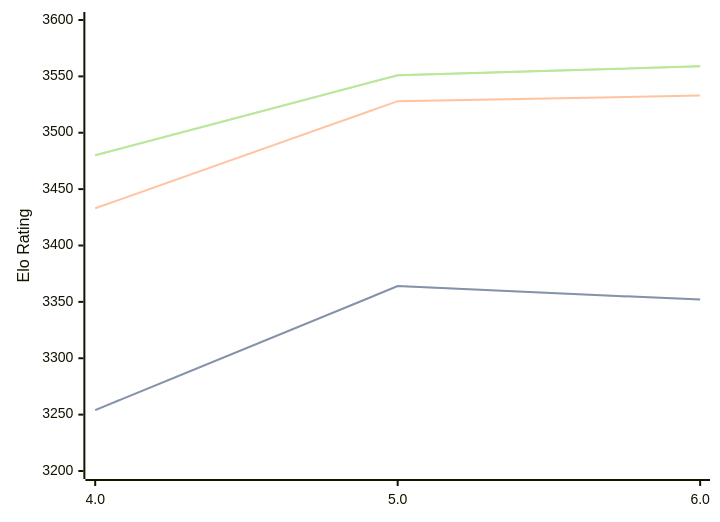
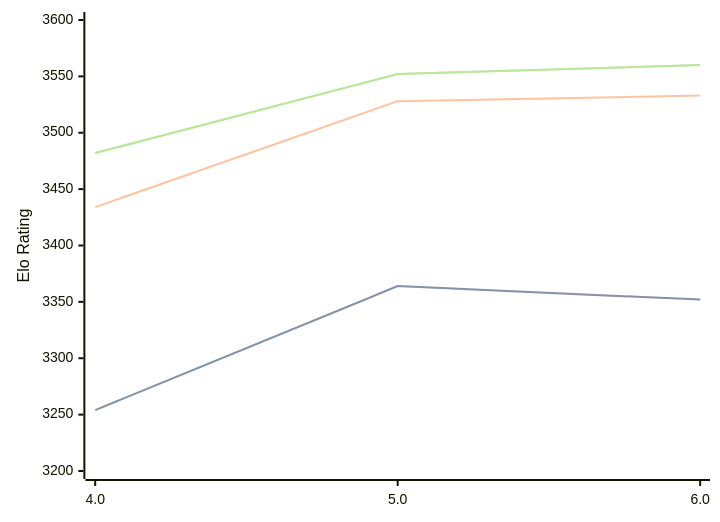
The diagram in engines/Tarnished.md (computer-chess-index/cci), drawn with Mermaid before and after one commit. The commit also changed other lines of this file, not shown here.

Commit message:
Update CCI Ratings (ELO VLTC) - 2026-08-29

````diff
--- a/engines/Tarnished.md
+++ b/engines/Tarnished.md
@@ -33,11 +33,11 @@
 ```mermaid
 %%{init: {"theme":"base","themeVariables":{"seriesColors:['#a3a3a3','#222221','#faa371']}}}%%
 xychart-beta
   x-axis ["4.0", "5.0", "6.0"]
   y-axis "Elo Rating" 3200 --> 3600
   line "" [3254, 3364, 3352]
   line "STC (8.0+0.08s)" [3254, 3364, 3352]
-  line "LTC (60.0+0.60s)" [3433, 3528, 3533]
-  line "" [3480, 3551, 3559]
-  line "VLTC (2m24s+1.12s)" [3480, 3551, 3559]
+  line "LTC (60.0+0.60s)" [3434, 3528, 3533]
+  line "" [3482, 3552, 3560]
+  line "VLTC (2m24s+1.12s)" [3482, 3552, 3560]
 ```
````
